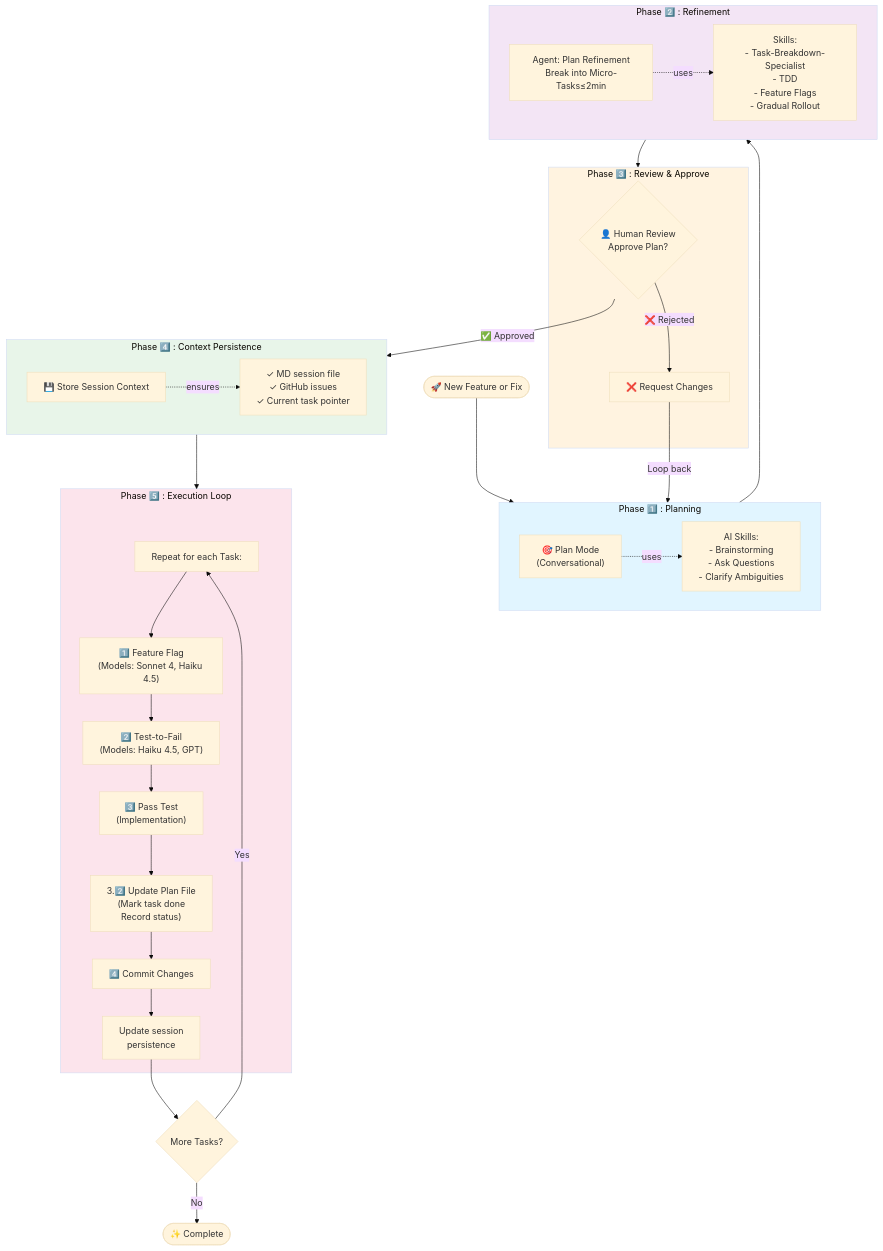
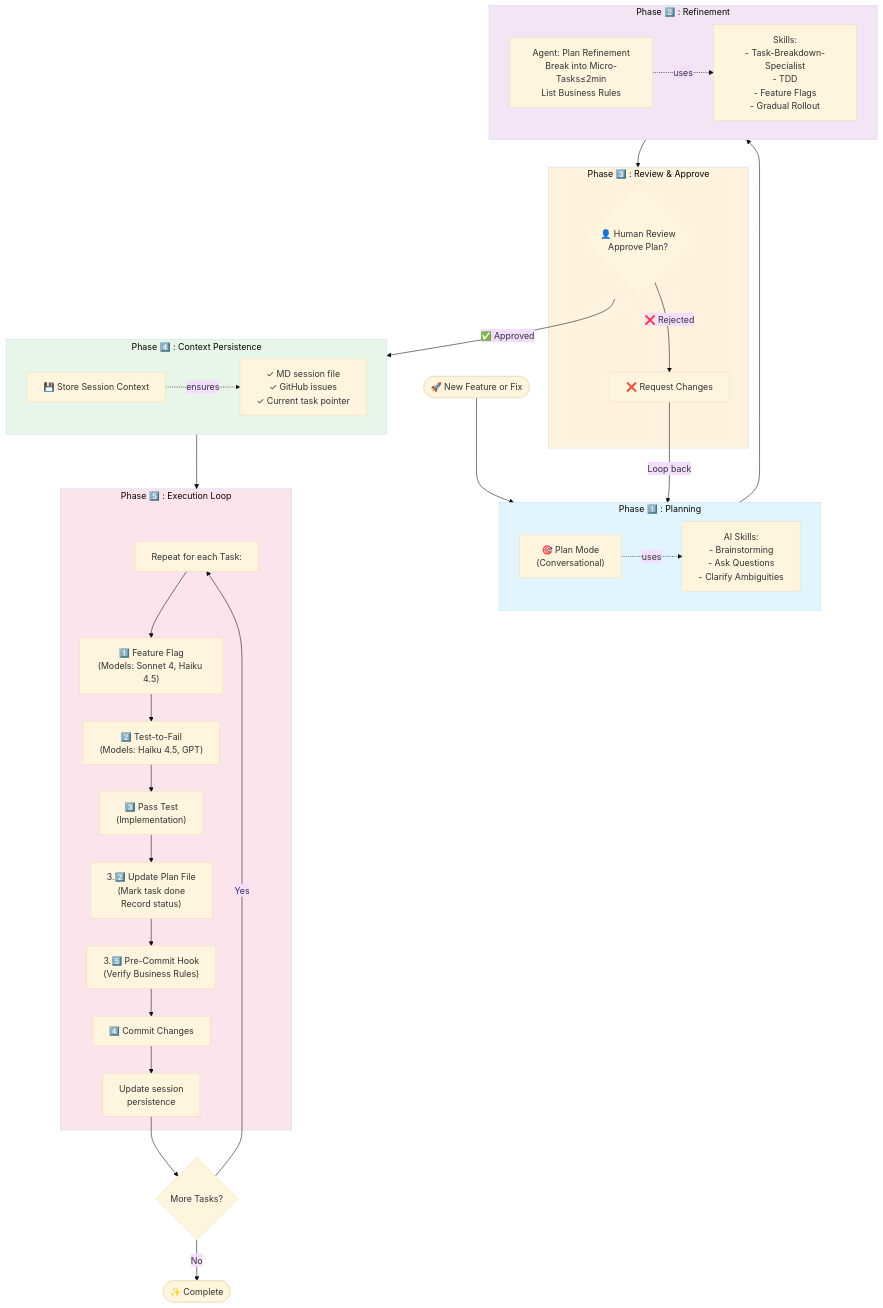
Before and after one commit to oscarBack/my-ai-dev-workflow: the diagram in workflows/first-ai-workflow.md, drawn with Mermaid (base theme). The commit also changed other lines of this file, not shown here.

Commit message:
Enhance AI workflow documentation with business rule identification and verification steps

````diff
--- a/workflows/first-ai-workflow.md
+++ b/workflows/first-ai-workflow.md
@@ -8,61 +8,63 @@
 ```mermaid
 flowchart TD
     Start([🚀 New Feature or Fix]) 
     
     subgraph Planning["Phase 1️⃣ : Planning"]
         PlanMode["🎯 Plan Mode<br/>(Conversational)"]
         PlanTools["AI Skills:<br/>- Brainstorming<br/>- Ask Questions<br/>- Clarify Ambiguities"]
         PlanMode -.->|uses| PlanTools
     end
     
     subgraph Refinement["Phase 2️⃣ : Refinement"]
-        AgentRefine["Agent: Plan Refinement<br/>Break into Micro-Tasks≤2min"]
+        AgentRefine["Agent: Plan Refinement<br/>Break into Micro-Tasks≤2min<br/>List Business Rules"]
         RefineSkills["Skills:<br/>- Task-Breakdown-Specialist<br/>- TDD<br/>- Feature Flags<br/>- Gradual Rollout"]
         AgentRefine -.->|uses| RefineSkills
     end
     
     subgraph Review["Phase 3️⃣ : Review & Approve"]
         HumanReview{"👤 Human Review<br/>Approve Plan?"}
         Feedback["❌ Request Changes"]
     end
     
     subgraph Persistence["Phase 4️⃣ : Context Persistence"]
         Persist["💾 Store Session Context"]
         EnsureItems["✓ MD session file<br/>✓ GitHub issues<br/>✓ Current task pointer"]
         Persist -.->|ensures| EnsureItems
     end
     
     subgraph Execution["Phase 5️⃣ : Execution Loop"]
         TaskLoop["Repeat for each Task:"]
         FeatureFlag["1️⃣ Feature Flag<br/>(Models: Sonnet 4, Haiku 4.5)"]
         TestFail["2️⃣ Test-to-Fail<br/>(Models: Haiku 4.5, GPT)"]
         PassTest["3️⃣ Pass Test<br/>(Implementation)"]
         UpdatePlan["3.2️⃣ Update Plan File<br/>(Mark task done<br/>Record status)"]
+        PreCommit["3.5️⃣ Pre-Commit Hook<br/>(Verify Business Rules)"]
         Commit["4️⃣ Commit Changes"]
         CommitUpdate["Update session<br/>persistence"]
         
         TaskLoop --> FeatureFlag
         FeatureFlag --> TestFail
         TestFail --> PassTest
         PassTest --> UpdatePlan
-        UpdatePlan --> Commit
+        UpdatePlan --> PreCommit
+        PreCommit --> Commit
         Commit --> CommitUpdate
     end
     
     Start --> Planning
     Planning --> Refinement
     Refinement --> Review
     HumanReview -->|✅ Approved| Persistence
     HumanReview -->|❌ Rejected| Feedback
     Feedback -->|Loop back| Planning
     Persistence --> Execution
     CommitUpdate --> MoreTasks{More Tasks?}
     MoreTasks -->|Yes| TaskLoop
     MoreTasks -->|No| Complete([✨ Complete])
     
     style Planning fill:#e1f5ff
     style Refinement fill:#f3e5f5
     style Review fill:#fff3e0
     style Persistence fill:#e8f5e9
     style Execution fill:#fce4ec
 ```
````
